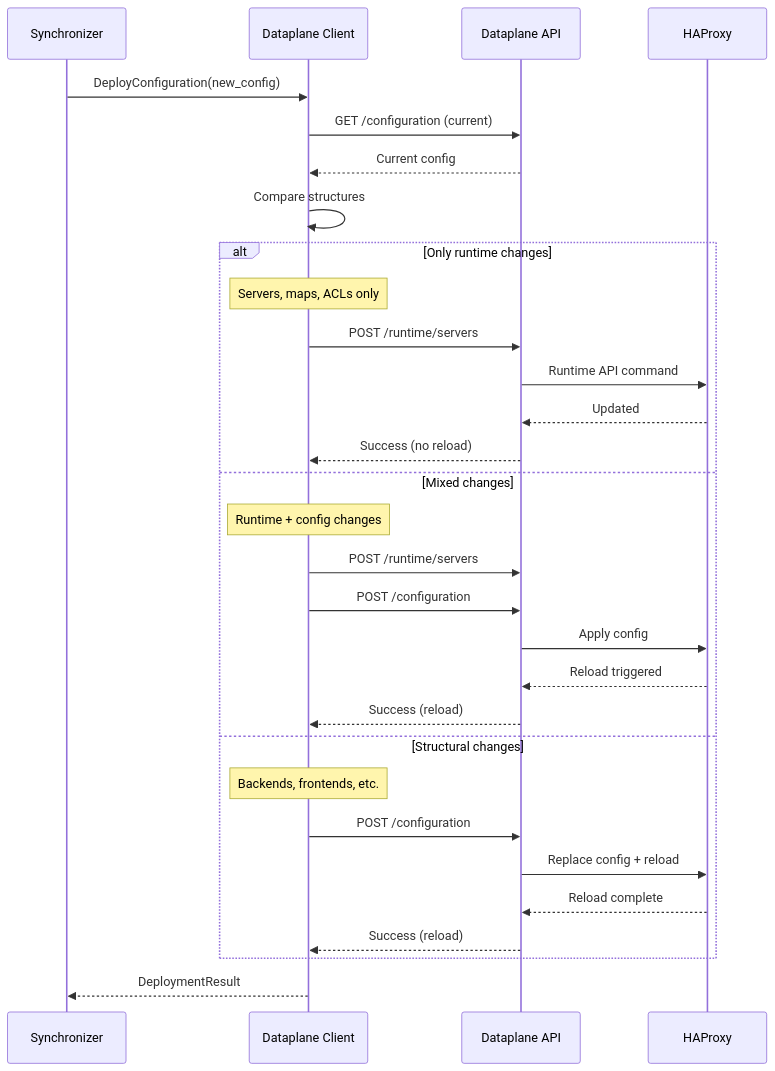
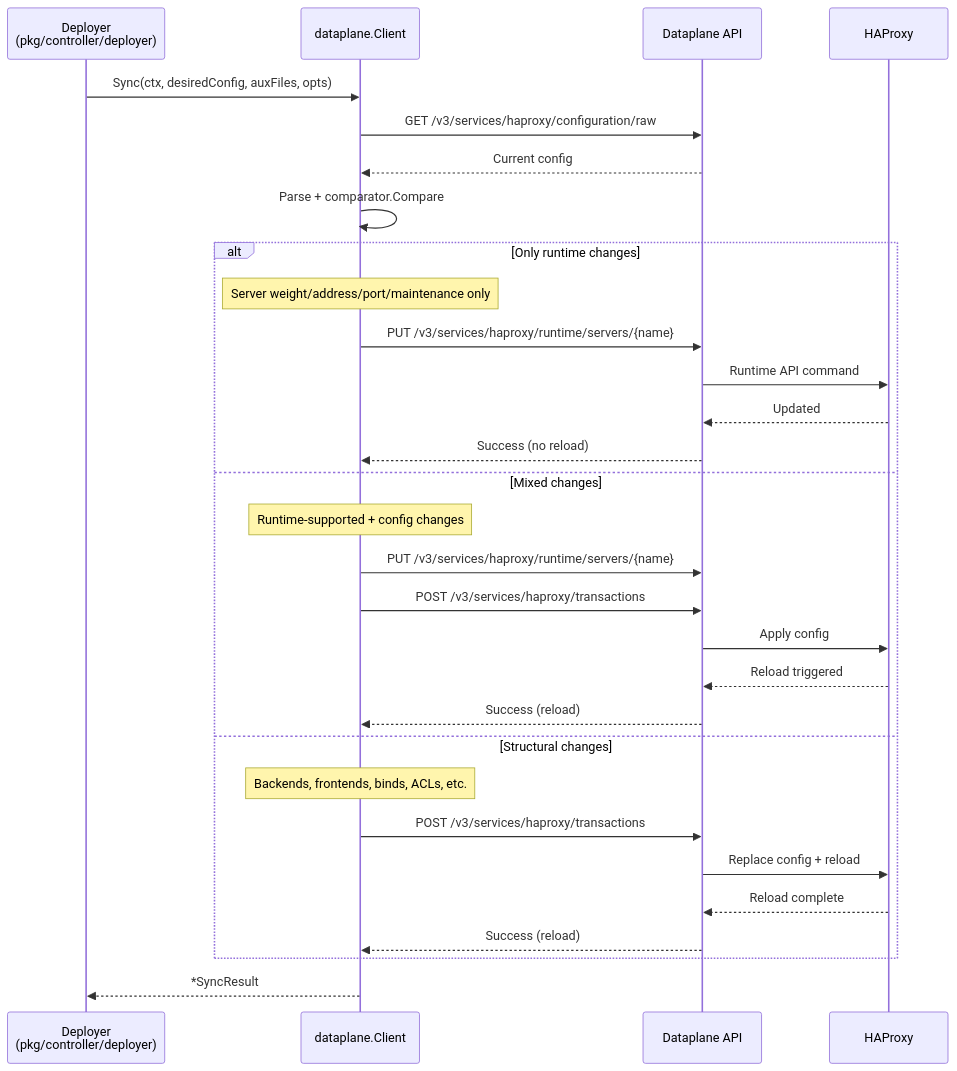
Before and after one commit to HAProxy-Template-IC/haproxy-template-ingress-controller: the fourth of 4 diagrams in docs/controller/docs/development/design/sequence-diagrams.md, drawn with Mermaid. The commit also changed other lines of this file and 180 other files, not shown here.

````diff
--- a/docs/controller/docs/development/design/sequence-diagrams.md
+++ b/docs/controller/docs/development/design/sequence-diagrams.md
@@ -225,36 +211,36 @@
 ```mermaid
 sequenceDiagram
-    participant Sync as Synchronizer
-    participant Client as Dataplane Client
+    participant Deployer as Deployer<br/>(pkg/controller/deployer)
+    participant Client as dataplane.Client
     participant DP as Dataplane API
     participant HAProxy
 
-    Sync->>Client: DeployConfiguration(new_config)
-    Client->>DP: GET /configuration (current)
+    Deployer->>Client: Sync(ctx, desiredConfig, auxFiles, opts)
+    Client->>DP: GET /v3/services/haproxy/configuration/raw
     DP-->>Client: Current config
 
-    Client->>Client: Compare structures
+    Client->>Client: Parse + comparator.Compare
 
     alt Only runtime changes
-        Note over Client: Servers, maps, ACLs only
-        Client->>DP: POST /runtime/servers
+        Note over Client: Server weight/address/port/maintenance only
+        Client->>DP: PUT /v3/services/haproxy/runtime/servers/{name}
         DP->>HAProxy: Runtime API command
         HAProxy-->>DP: Updated
         DP-->>Client: Success (no reload)
     else Mixed changes
-        Note over Client: Runtime + config changes
-        Client->>DP: POST /runtime/servers
-        Client->>DP: POST /configuration
+        Note over Client: Runtime-supported + config changes
+        Client->>DP: PUT /v3/services/haproxy/runtime/servers/{name}
+        Client->>DP: POST /v3/services/haproxy/transactions
         DP->>HAProxy: Apply config
         HAProxy-->>DP: Reload triggered
         DP-->>Client: Success (reload)
     else Structural changes
-        Note over Client: Backends, frontends, etc.
-        Client->>DP: POST /configuration
+        Note over Client: Backends, frontends, binds, ACLs, etc.
+        Client->>DP: POST /v3/services/haproxy/transactions
         DP->>HAProxy: Replace config + reload
         HAProxy-->>DP: Reload complete
         DP-->>Client: Success (reload)
     end
 
-    Client-->>Sync: DeploymentResult
+    Client-->>Deployer: *SyncResult
 ```
````
